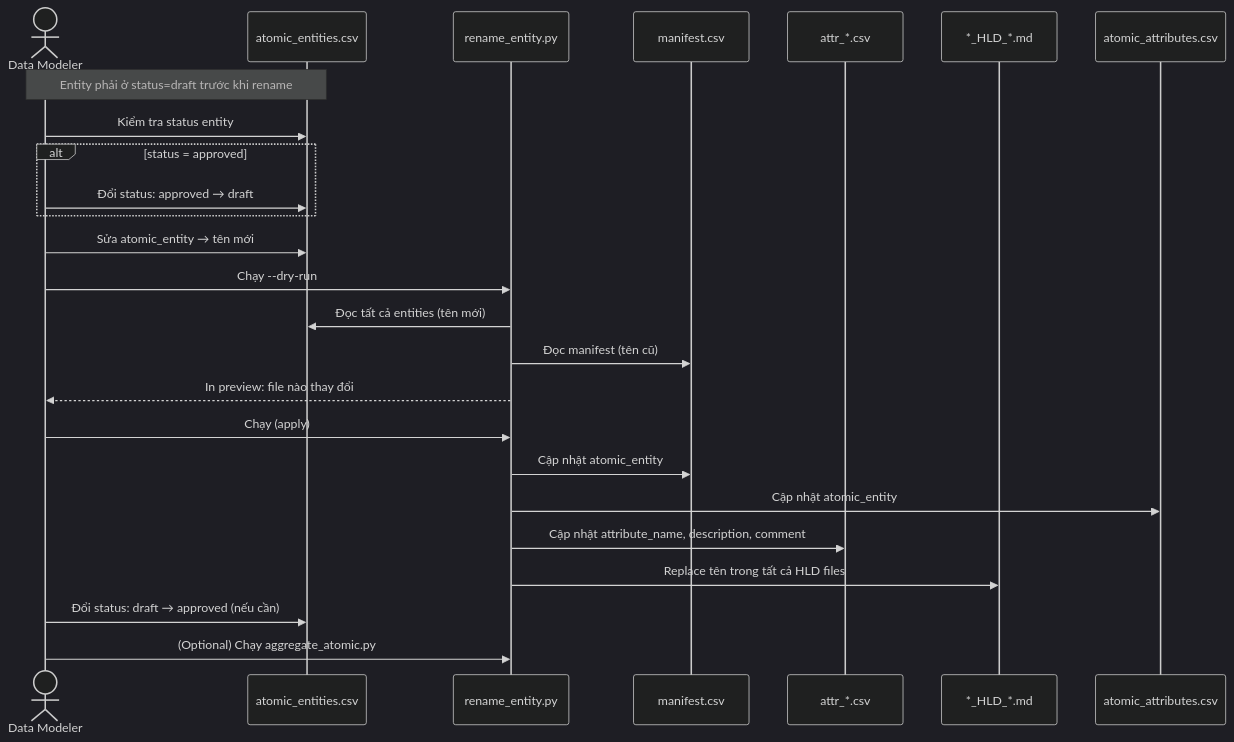
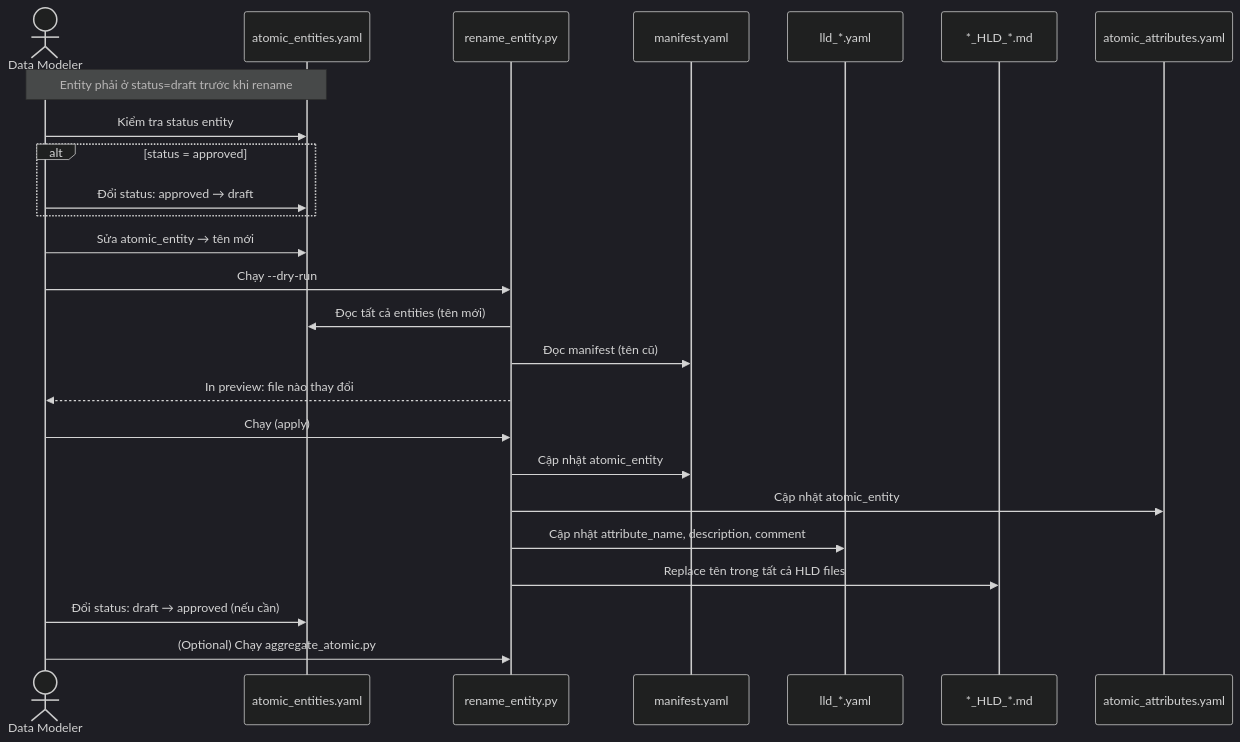
Before and after one commit to linhlvit/ubck_atomic_design: the second of 3 diagrams in README.md, drawn with Mermaid (dark theme). The commit also changed other lines of this file and 38 other files, not shown here.

Commit message:
refactor remaing csv into yaml in Atomic design

````diff
--- a/README.md
+++ b/README.md
@@ -95,28 +100,28 @@
 ```mermaid
 sequenceDiagram
     actor DM as Data Modeler
-    participant SE as atomic_entities.csv
+    participant SE as atomic_entities.yaml
     participant RN as rename_entity.py
-    participant MF as manifest.csv
-    participant LLD as attr_*.csv
+    participant MF as manifest.yaml
+    participant LLD as lld_*.yaml
     participant HLD as *_HLD_*.md
-    participant OUT as atomic_attributes.csv
+    participant OUT as atomic_attributes.yaml
 
     Note over DM,SE: Entity phải ở status=draft trước khi rename
     DM->>SE: Kiểm tra status entity
     alt status = approved
         DM->>SE: Đổi status: approved → draft
     end
     DM->>SE: Sửa atomic_entity → tên mới
     DM->>RN: Chạy --dry-run
     RN->>SE: Đọc tất cả entities (tên mới)
     RN->>MF: Đọc manifest (tên cũ)
     RN-->>DM: In preview: file nào thay đổi
     DM->>RN: Chạy (apply)
     RN->>MF: Cập nhật atomic_entity
     RN->>OUT: Cập nhật atomic_entity
     RN->>LLD: Cập nhật attribute_name, description, comment
     RN->>HLD: Replace tên trong tất cả HLD files
     DM->>SE: Đổi status: draft → approved (nếu cần)
     DM->>RN: (Optional) Chạy aggregate_atomic.py
 ```
````
